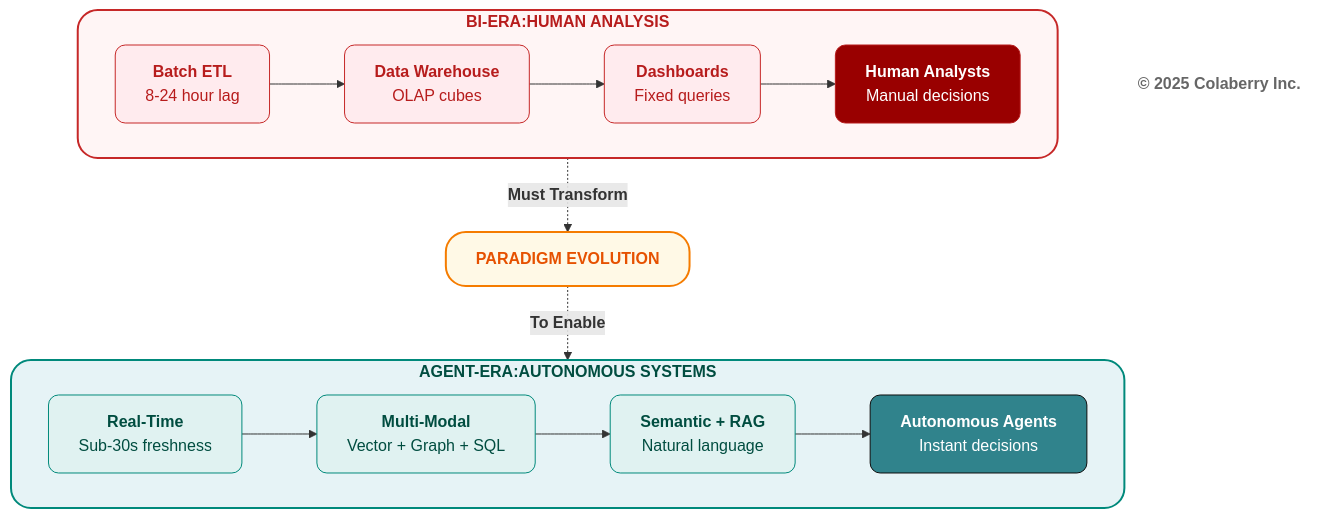
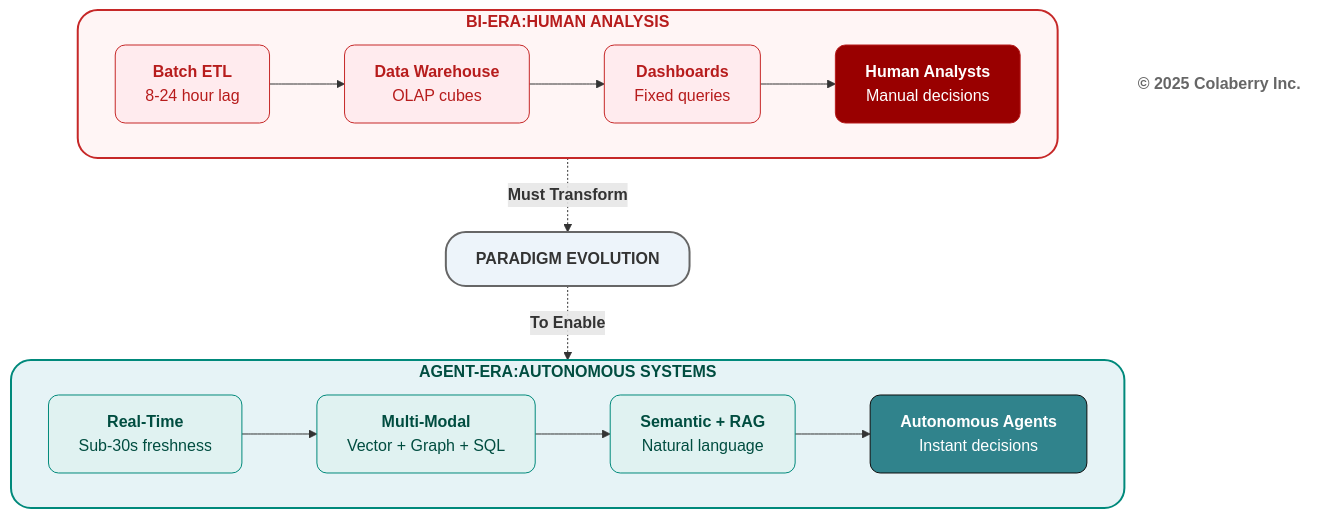
Before and after one commit to saitejesh-cyber/trust-before-intelligence-book: the third of 4 diagrams in manuscript/04_chapter_3_from_bi_to_agent.md, drawn with Mermaid.

Commit message:
Chapter4: Feedback changes

````diff
--- a/manuscript/04_chapter_3_from_bi_to_agent.md
+++ b/manuscript/04_chapter_3_from_bi_to_agent.md
@@ -217,50 +217,50 @@
 ```mermaid
 graph TB
     subgraph old["<b>BI-ERA:HUMAN ANALYSIS</b>"]
         direction LR
         O1["<b>Batch ETL</b><br/>8-24 hour lag"]
         O2["<b>Data Warehouse</b><br/>OLAP cubes"]
         O3["<b>Dashboards</b><br/>Fixed queries"]
         O4["<b>Human Analysts</b><br/>Manual decisions"]
         
         O1 --> O2 --> O3 --> O4
     end
     
     Shift["<b>PARADIGM EVOLUTION</b>"]
     
     subgraph new["<b>AGENT-ERA:AUTONOMOUS     SYSTEMS</b>"]
         direction LR
         N1["<b>Real-Time</b><br/>Sub-30s freshness"]
         N2["<b>Multi-Modal</b><br/>Vector + Graph + SQL"]
         N3["<b>Semantic + RAG</b><br/>Natural language"]
         N4["<b>Autonomous Agents</b><br/>Instant decisions"]
         
         N1 --> N2 --> N3 --> N4
     end
     
     Copyright["<b>© 2025 Colaberry Inc.</b>"]
     
     old -.->|<b>Must Transform</b>| Shift
     Shift -.->|<b>To Enable</b>| new
     
     
     %% 🔴 BI ERA — OLD / TRUST-BREAKING FOR AGENTS
     style old fill:#fff5f5,stroke:#c62828,stroke-width:2px,color:#b71c1c,rx:20,ry:20
     style O1 fill:#ffebee,stroke:#c62828,stroke-width:1px,color:#b71c1c,rx:10,ry:10
     style O2 fill:#ffebee,stroke:#c62828,stroke-width:1px,color:#b71c1c,rx:10,ry:10
     style O3 fill:#ffebee,stroke:#c62828,stroke-width:1px,color:#b71c1c,rx:10,ry:10
     style O4 fill:#990000,stroke:#b71c1c,stroke-width:1px,color:#ffffff,rx:10,ry:10
     
-    %% 🟠 TRANSITION — ACTIVE EVOLUTION
-    style Shift fill:#fff9e6,stroke:#f57c00,stroke-width:2px,color:#e65100,rx:20,ry:20
+    %% 🔵 TRANSFORMATION — PARADIGM SHIFT
+    style Shift fill:#edf4fa,stroke:#666666,stroke-width:2px,color:#333333,rx:20,ry:20
     
     %% 🟢 AGENT ERA — TRUSTED / AGENT-READY
     style new fill:#e6f3f6,stroke:#00897b,stroke-width:2px,color:#004d40,rx:20,ry:20
     style N1 fill:#e0f2f1,stroke:#00897b,stroke-width:1px,color:#004d40,rx:10,ry:10
     style N2 fill:#e0f2f1,stroke:#00897b,stroke-width:1px,color:#004d40,rx:10,ry:10
     style N3 fill:#e0f2f1,stroke:#00897b,stroke-width:1px,color:#004d40,rx:10,ry:10
     style N4 fill:#30838C,stroke:#0D0D0D,stroke-width:1px,color:#ffffff,rx:10,ry:10
     
     %% FOOTER
     style Copyright fill:none,stroke:none,color:#666666
 ```
````
